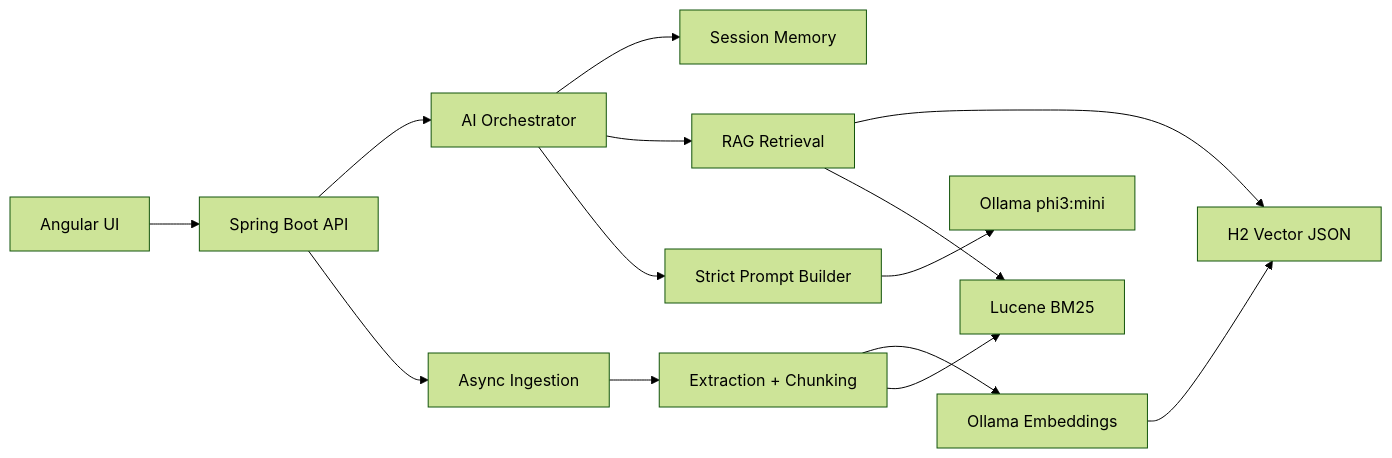
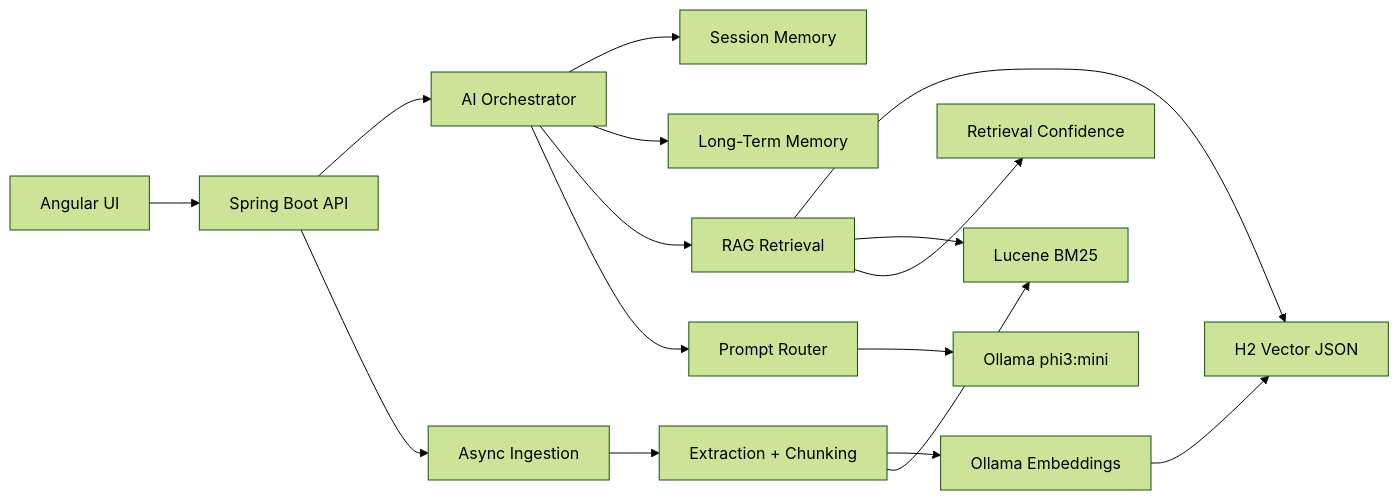
Before and after one commit to sunilthitme/Chat-Bot: the diagram in docs/enterprise-ai-architecture.md, drawn with Mermaid (forest theme). The commit also changed other lines of this file and 18 other files, not shown here.

````diff
--- a/docs/enterprise-ai-architecture.md
+++ b/docs/enterprise-ai-architecture.md
@@ -7,16 +7,18 @@
 ```mermaid
 flowchart LR
     A["Angular UI"] --> B["Spring Boot API"]
     B --> C["AI Orchestrator"]
     C --> D["Session Memory"]
+    C --> M["Long-Term Memory"]
     C --> E["RAG Retrieval"]
     E --> F["H2 Vector JSON"]
     E --> G["Lucene BM25"]
-    C --> H["Strict Prompt Builder"]
+    E --> R["Retrieval Confidence"]
+    C --> H["Prompt Router"]
     H --> I["Ollama phi3:mini"]
     B --> J["Async Ingestion"]
     J --> K["Extraction + Chunking"]
     K --> L["Ollama Embeddings"]
     L --> F
     K --> G
 ```
````
